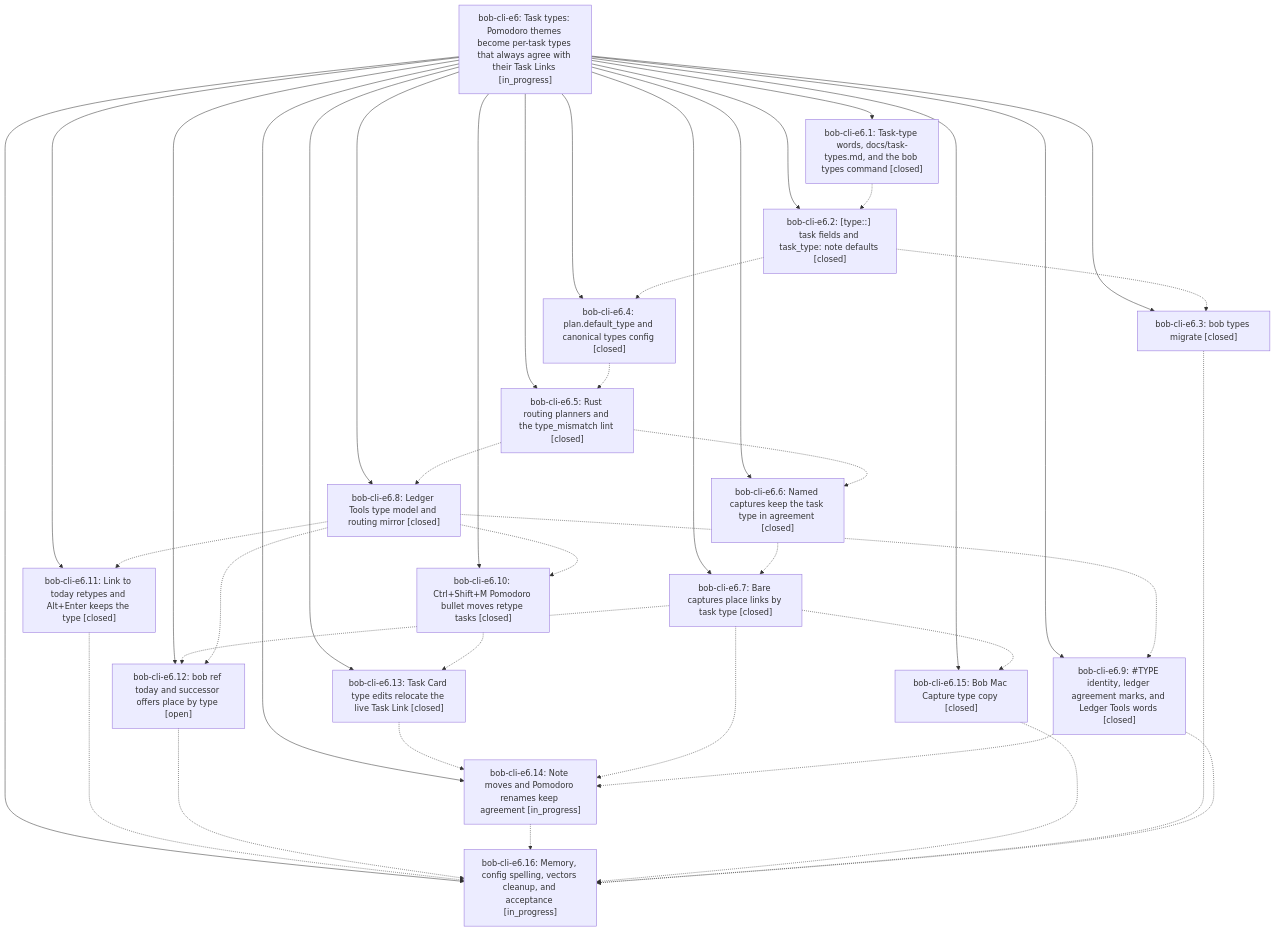
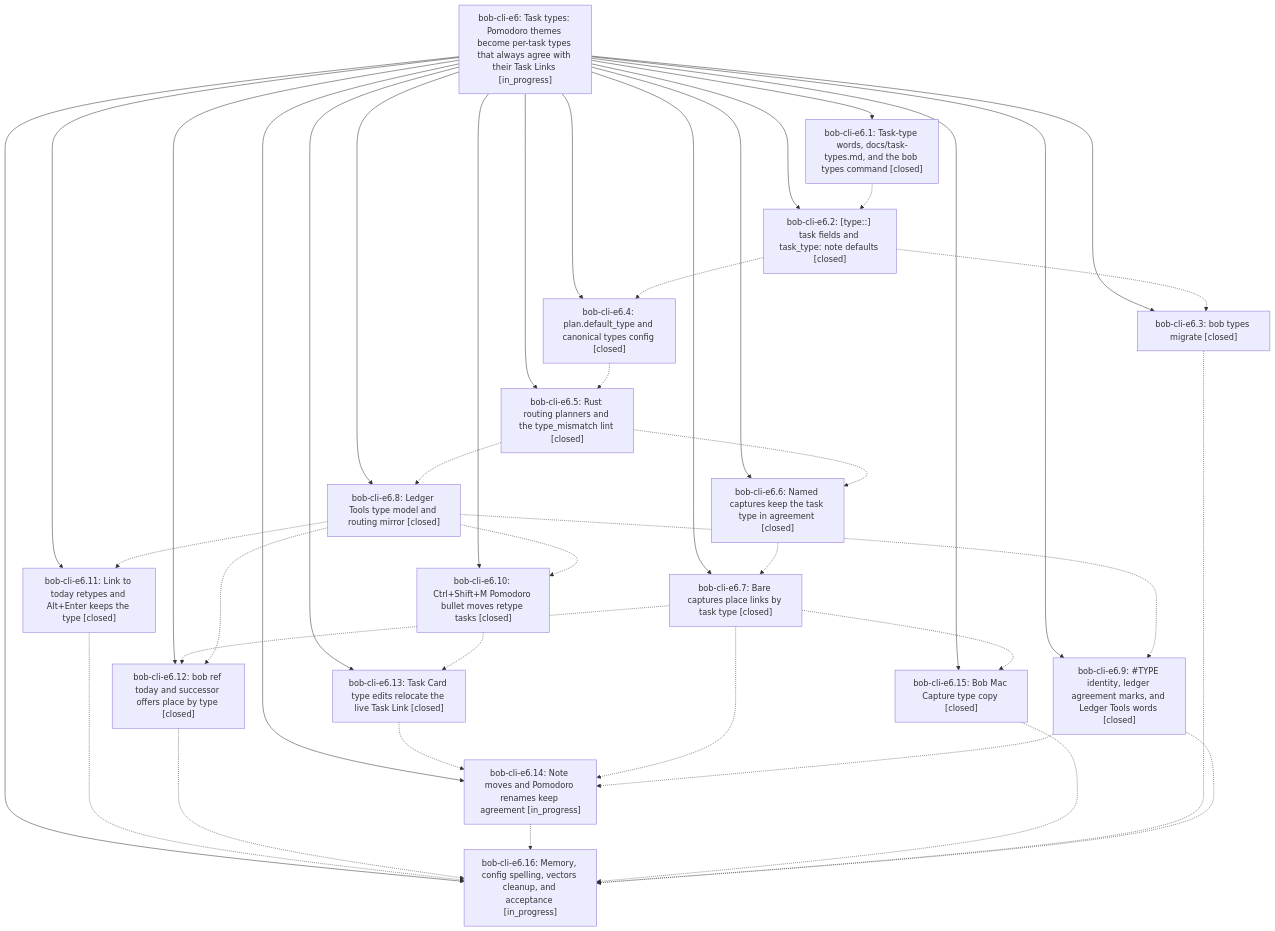
The diagram in pages/bob-cli-e6/README.md (bobs-org/bob-cli--beads), drawn with Mermaid before and after one commit. The commit also changed other lines of this file and 8 other files, not shown here.

First line of the commit message:
chore(beads): sync bead state and pages for bob-cli-e6

````diff
--- a/pages/bob-cli-e6/README.md
+++ b/pages/bob-cli-e6/README.md
@@ -63,59 +63,59 @@
 ```mermaid
 flowchart TD
     n0["bob-cli-e6: Task types: Pomodoro themes become per-task types that always agree with their Task Links [in_progress]"]
     n1["bob-cli-e6.1: Task-type words, docs/task-types.md, and the bob types command [closed]"]
     n2["bob-cli-e6.10: Ctrl+Shift+M Pomodoro bullet moves retype tasks [closed]"]
     n3["bob-cli-e6.11: Link to today retypes and Alt+Enter keeps the type [closed]"]
-    n4["bob-cli-e6.12: bob ref today and successor offers place by type [open]"]
+    n4["bob-cli-e6.12: bob ref today and successor offers place by type [closed]"]
     n5["bob-cli-e6.13: Task Card type edits relocate the live Task Link [closed]"]
     n6["bob-cli-e6.14: Note moves and Pomodoro renames keep agreement [in_progress]"]
     n7["bob-cli-e6.15: Bob Mac Capture type copy [closed]"]
     n8["bob-cli-e6.16: Memory, config spelling, vectors cleanup, and acceptance [in_progress]"]
     n9["bob-cli-e6.2: [type::] task fields and task_type: note defaults [closed]"]
     n10["bob-cli-e6.3: bob types migrate [closed]"]
     n11["bob-cli-e6.4: plan.default_type and canonical types config [closed]"]
     n12["bob-cli-e6.5: Rust routing planners and the type_mismatch lint [closed]"]
     n13["bob-cli-e6.6: Named captures keep the task type in agreement [closed]"]
     n14["bob-cli-e6.7: Bare captures place links by task type [closed]"]
     n15["bob-cli-e6.8: Ledger Tools type model and routing mirror [closed]"]
     n16["bob-cli-e6.9: #TYPE identity, ledger agreement marks, and Ledger Tools words [closed]"]
     n0 --> n1
     n0 --> n2
     n0 --> n3
     n0 --> n4
     n0 --> n5
     n0 --> n6
     n0 --> n7
     n0 --> n8
     n0 --> n9
     n0 --> n10
     n0 --> n11
     n0 --> n12
     n0 --> n13
     n0 --> n14
     n0 --> n15
     n0 --> n16
     n1 -.-> n9
     n2 -.-> n5
     n3 -.-> n8
     n4 -.-> n8
     n5 -.-> n6
     n6 -.-> n8
     n7 -.-> n8
     n9 -.-> n10
     n9 -.-> n11
     n10 -.-> n8
     n11 -.-> n12
     n12 -.-> n13
     n12 -.-> n15
     n13 -.-> n14
     n14 -.-> n4
     n14 -.-> n6
     n14 -.-> n7
     n15 -.-> n2
     n15 -.-> n3
     n15 -.-> n4
     n15 -.-> n16
     n16 -.-> n6
     n16 -.-> n8
 ```
````
